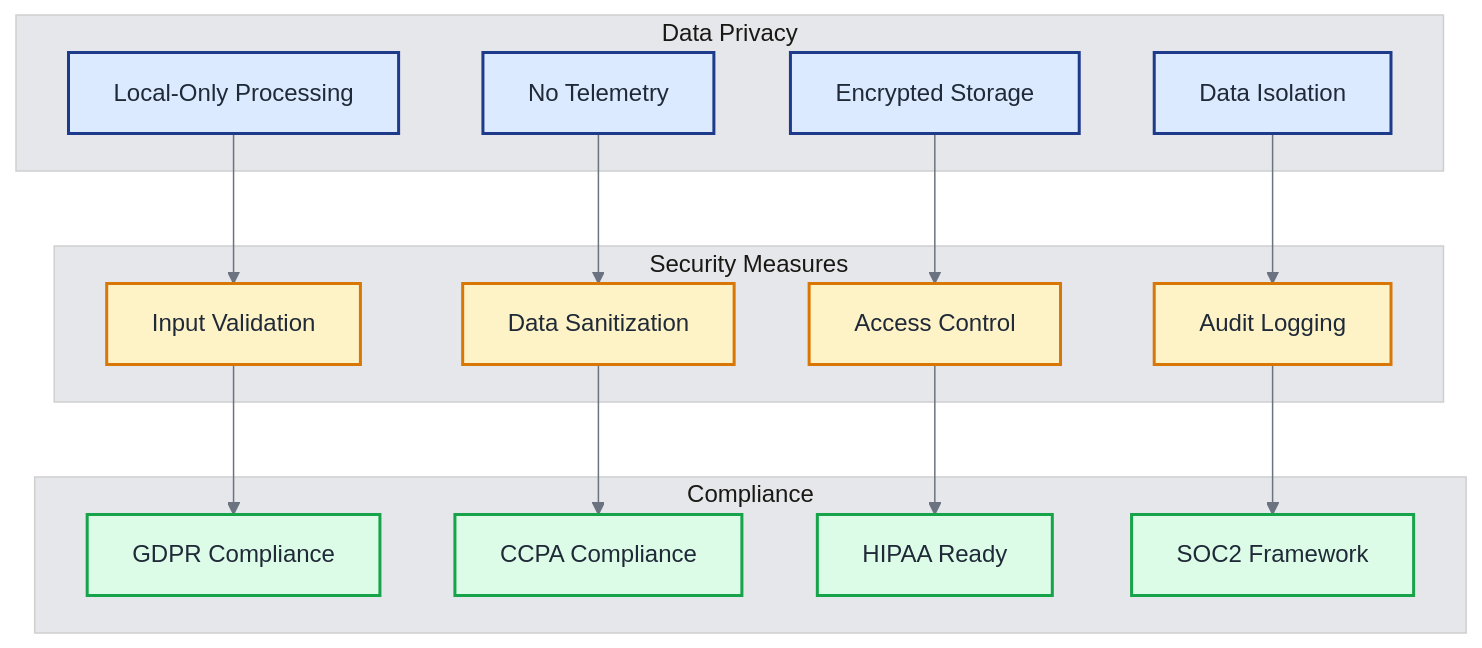
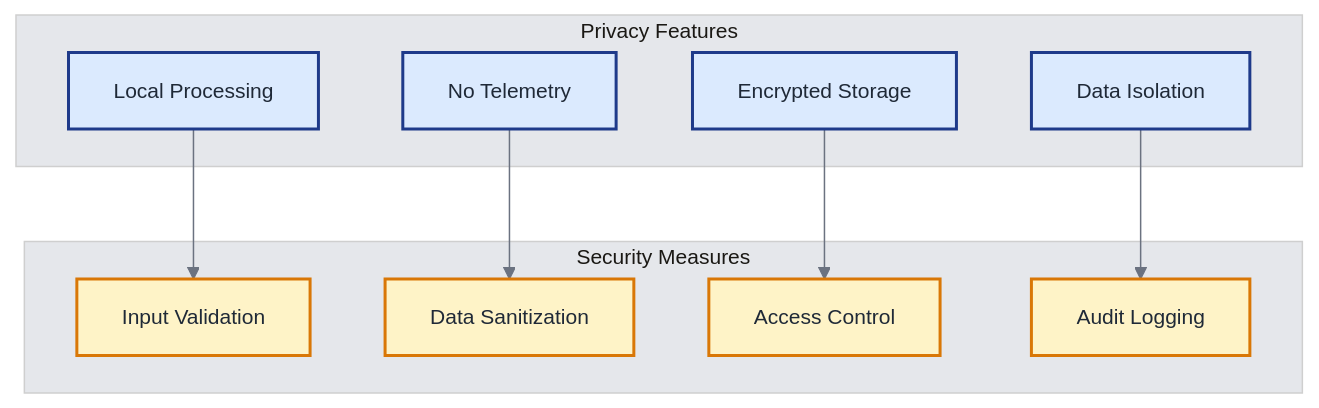
One commit to khaosans/basic-chat changed the sixth of 7 diagrams in docs/ARCHITECTURE.md. Above: the diagram before and after it, drawn with Mermaid. The commit also changed other lines of this file and 3 other files, not shown here.

Commit message:
docs: Revise technical overview and update architecture diagrams - Simplify terminology and improve clarity in diagrams - Adjust font sizes and class definitions for better readability

````diff
--- a/docs/ARCHITECTURE.md
+++ b/docs/ARCHITECTURE.md
@@ -562,42 +366,28 @@
 ```mermaid
-%%{init: {'theme': 'base', 'themeVariables': { 'fontSize': '16px', 'fontFamily': 'Arial, sans-serif', 'primaryColor': '#1e3a8a', 'primaryTextColor': '#1f2937', 'primaryBorderColor': '#374151', 'lineColor': '#6b7280', 'secondaryColor': '#f3f4f6', 'tertiaryColor': '#e5e7eb', 'edgeLabelBackground': '#f9fafb'}}}%%
+%%{init: {'theme': 'base', 'themeVariables': { 'fontSize': '14px', 'fontFamily': 'Arial, sans-serif', 'primaryColor': '#1e3a8a', 'primaryTextColor': '#1f2937', 'primaryBorderColor': '#374151', 'lineColor': '#6b7280', 'secondaryColor': '#f3f4f6', 'tertiaryColor': '#e5e7eb'}}}%%
 graph TB
-    subgraph "Data Privacy"
-        LOCAL_ONLY[Local-Only Processing]
+    subgraph "Privacy Features"
+        LOCAL[Local Processing]
         NO_TELEMETRY[No Telemetry]
-        ENCRYPTED_STORAGE[Encrypted Storage]
-        DATA_ISOLATION[Data Isolation]
+        ENCRYPTED[Encrypted Storage]
+        ISOLATION[Data Isolation]
     end
     
     subgraph "Security Measures"
-        INPUT_VALIDATION[Input Validation]
+        VALIDATION[Input Validation]
         SANITIZATION[Data Sanitization]
-        ACCESS_CONTROL[Access Control]
-        AUDIT_LOGGING[Audit Logging]
+        ACCESS[Access Control]
+        AUDIT[Audit Logging]
     end
     
-    subgraph "Compliance"
-        GDPR[GDPR Compliance]
-        CCPA[CCPA Compliance]
-        HIPAA[HIPAA Ready]
-        SOC2[SOC2 Framework]
-    end
-    
-    LOCAL_ONLY --> INPUT_VALIDATION
+    LOCAL --> VALIDATION
     NO_TELEMETRY --> SANITIZATION
-    ENCRYPTED_STORAGE --> ACCESS_CONTROL
-    DATA_ISOLATION --> AUDIT_LOGGING
-    
-    INPUT_VALIDATION --> GDPR
-    SANITIZATION --> CCPA
-    ACCESS_CONTROL --> HIPAA
-    AUDIT_LOGGING --> SOC2
+    ENCRYPTED --> ACCESS
+    ISOLATION --> AUDIT
     
     classDef privacy fill:#dbeafe,stroke:#1e3a8a,stroke-width:2px,color:#1f2937
     classDef security fill:#fef3c7,stroke:#d97706,stroke-width:2px,color:#1f2937
-    classDef compliance fill:#dcfce7,stroke:#16a34a,stroke-width:2px,color:#1f2937
     
-    class LOCAL_ONLY,NO_TELEMETRY,ENCRYPTED_STORAGE,DATA_ISOLATION privacy
-    class INPUT_VALIDATION,SANITIZATION,ACCESS_CONTROL,AUDIT_LOGGING security
-    class GDPR,CCPA,HIPAA,SOC2 compliance
+    class LOCAL,NO_TELEMETRY,ENCRYPTED,ISOLATION privacy
+    class VALIDATION,SANITIZATION,ACCESS,AUDIT security
 ```
````
